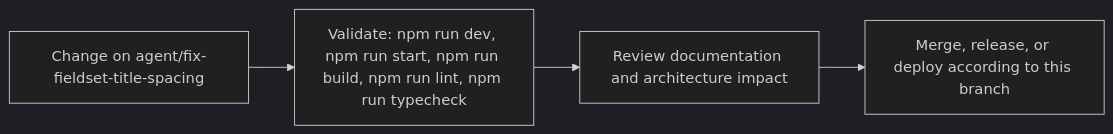
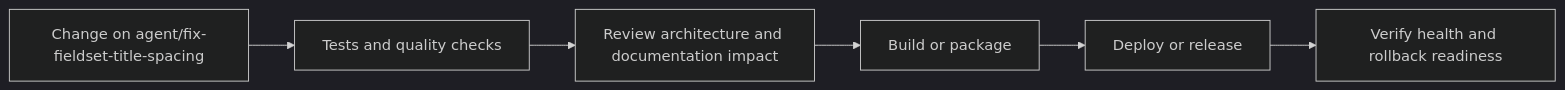
The fourth of 5 diagrams in README.md (Nischhalsubba/BindForge-NW), drawn with Mermaid (dark theme) before and after one commit. The commit also changed other lines of this file, not shown here.

````diff
--- a/README.md
+++ b/README.md
@@ -71,8 +147,8 @@
 ```mermaid
 flowchart LR
-    CHANGE["Change on agent/fix-fieldset-title-spacing"]
-    CHECK["Validate: npm run dev, npm run start, npm run build, npm run lint, npm run typecheck"]
-    REVIEW["Review documentation and architecture impact"]
-    RELEASE["Merge, release, or deploy according to this branch"]
-    CHANGE --> CHECK --> REVIEW --> RELEASE
+    CHANGE["Change on agent/fix-fieldset-title-spacing"] --> CHECK["Tests and quality checks"]
+    CHECK --> REVIEW["Review architecture and documentation impact"]
+    REVIEW --> BUILD["Build or package"]
+    BUILD --> DEPLOY["Deploy or release"]
+    DEPLOY --> VERIFY["Verify health and rollback readiness"]
 ```
````
